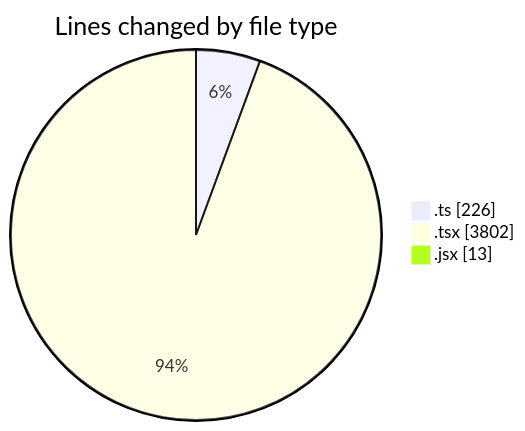
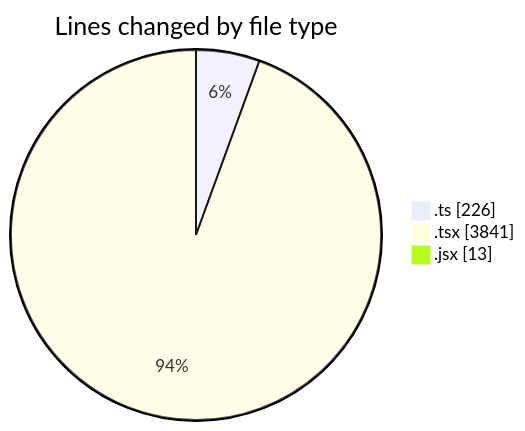
The first of 2 diagrams in 2025-12-02/cda/README.md (momahboobian/code-tracking), drawn with Mermaid before and after one commit. The commit also changed other lines of this file and 1 other file, not shown here.

````diff
--- a/2025-12-02/cda/README.md
+++ b/2025-12-02/cda/README.md
@@ -30,7 +30,7 @@
 ```mermaid
 pie showData
 title Lines changed by file type
 ".ts" : 226
-".tsx" : 3802
+".tsx" : 3841
 ".jsx" : 13
 ```
````
